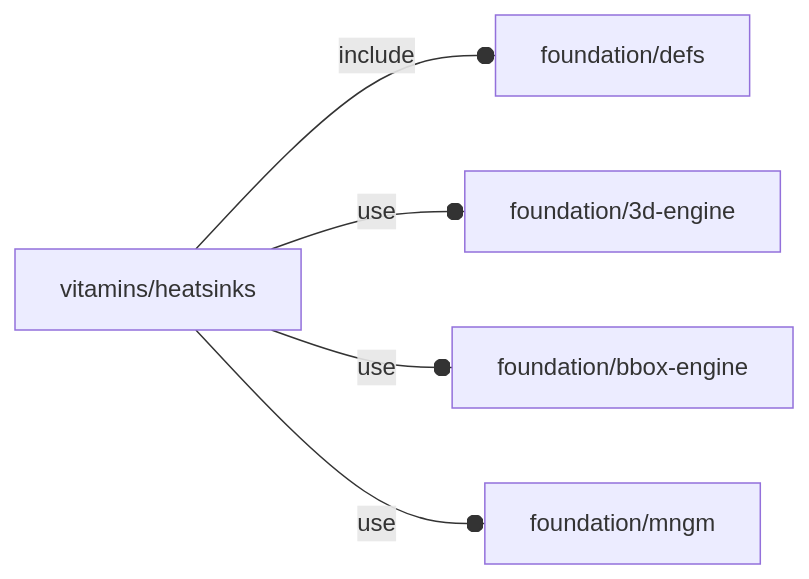
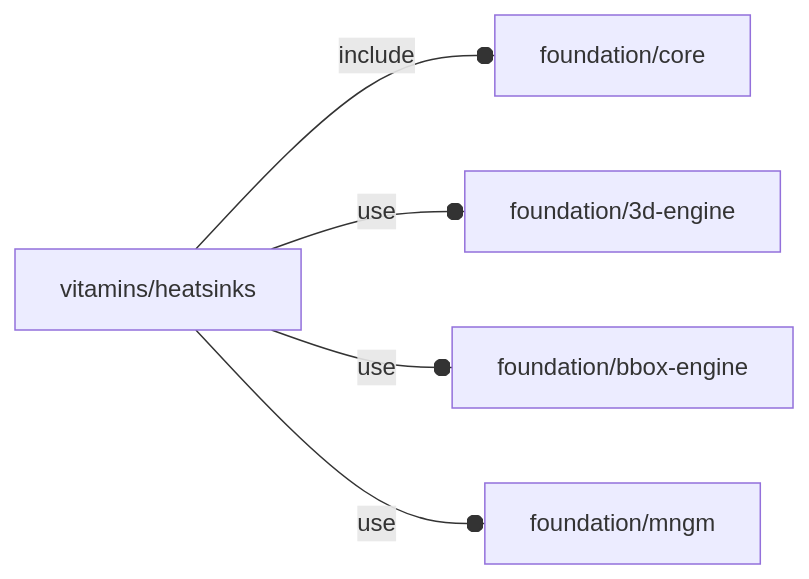
The diagram in orthodocs/vitamins/heatsinks.md (ggabbiani/OFL), drawn with Mermaid before and after one commit. The commit also changed 81 other files, not shown here.

Commit message:
foundation/defs.scad renamed as foundation/core.scad

````diff
--- a/orthodocs/vitamins/heatsinks.md
+++ b/orthodocs/vitamins/heatsinks.md
@@ -5,7 +5,7 @@
 ```mermaid
 graph LR
-    A1[vitamins/heatsinks] --o|include| A2[foundation/defs]
+    A1[vitamins/heatsinks] --o|include| A2[foundation/core]
     A1 --o|use| A3[foundation/3d-engine]
     A1 --o|use| A4[foundation/bbox-engine]
     A1 --o|use| A5[foundation/mngm]
 ```
````
